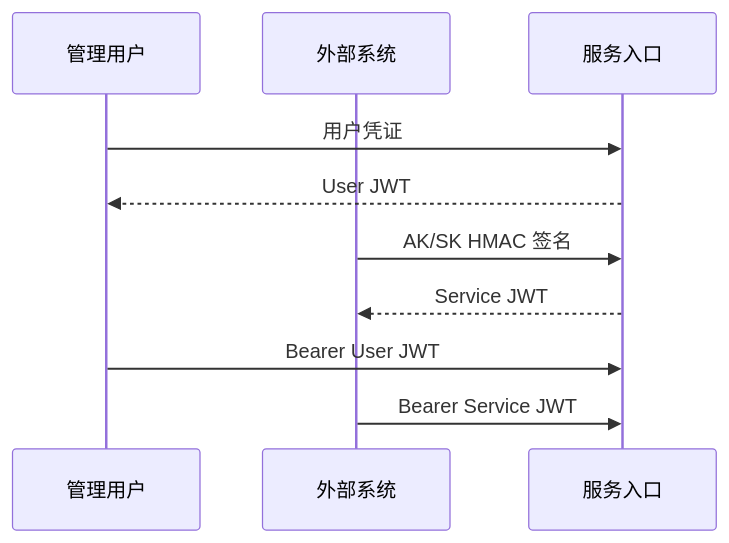
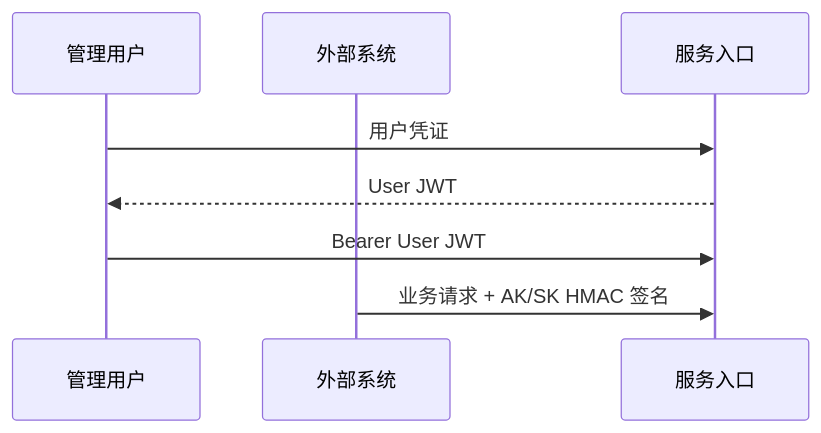
One commit to guobinqiu/new_brain changed the second of 5 diagrams in docs/architecture.md. Above: the diagram before and after it, drawn with Mermaid. The commit also changed other lines of this file and 83 other files, not shown here.

````diff
--- a/docs/architecture.md
+++ b/docs/architecture.md
@@ -88,13 +87,11 @@
 ```mermaid
 sequenceDiagram
   participant User as 管理用户
   participant App as 外部系统
   participant Entry as 服务入口
 
   User->>Entry: 用户凭证
   Entry-->>User: User JWT
-  App->>Entry: AK/SK HMAC 签名
-  Entry-->>App: Service JWT
   User->>Entry: Bearer User JWT
-  App->>Entry: Bearer Service JWT
+  App->>Entry: 业务请求 + AK/SK HMAC 签名
 ```
````
